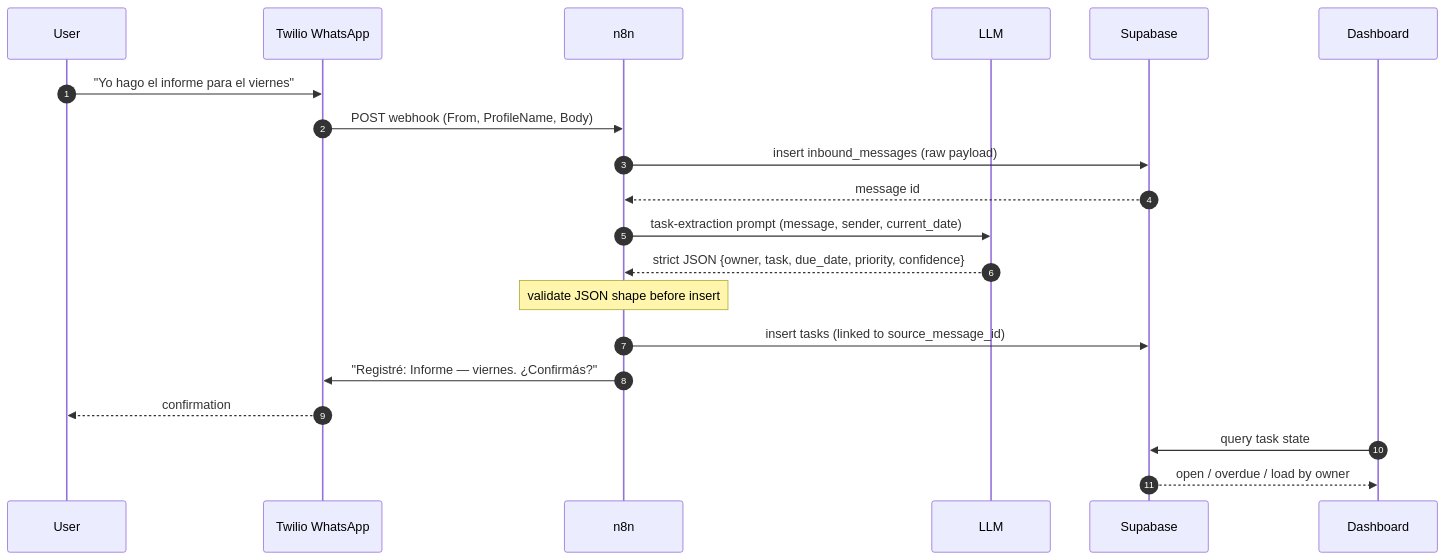
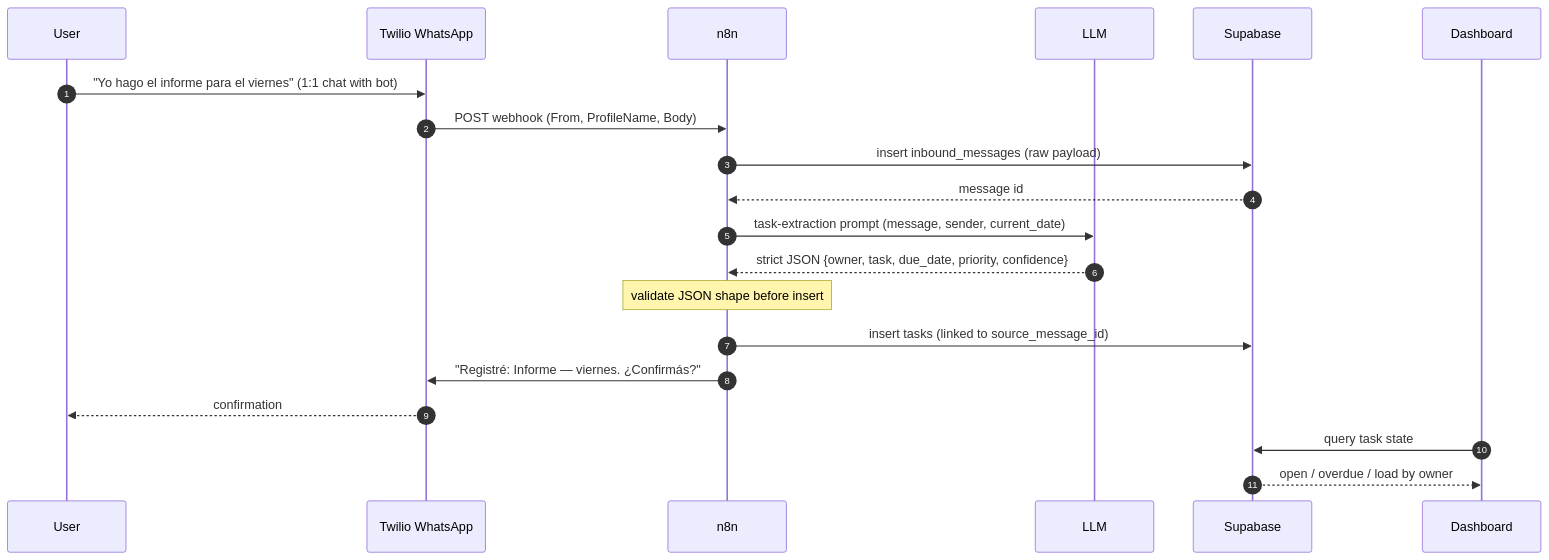
The second of 4 diagrams in docs/diagrams/flows.md (Santiagocetran/halketon-auto-mode-on), drawn with Mermaid before and after one commit. The commit also changed other lines of this file and 9 other files, not shown here.

First line of the commit message:
docs: update README and documentation for WhatsApp 1:1 channel and meeting transcripts

````diff
--- a/docs/diagrams/flows.md
+++ b/docs/diagrams/flows.md
@@ -33,23 +33,23 @@
 ```mermaid
 sequenceDiagram
   autonumber
   participant User
   participant WhatsApp as Twilio WhatsApp
   participant n8n
   participant LLM
   participant DB as Supabase
   participant Dashboard
 
-  User->>WhatsApp: "Yo hago el informe para el viernes"
+  User->>WhatsApp: "Yo hago el informe para el viernes" (1:1 chat with bot)
   WhatsApp->>n8n: POST webhook (From, ProfileName, Body)
   n8n->>DB: insert inbound_messages (raw payload)
   DB-->>n8n: message id
   n8n->>LLM: task-extraction prompt (message, sender, current_date)
   LLM-->>n8n: strict JSON {owner, task, due_date, priority, confidence}
   Note over n8n: validate JSON shape before insert
   n8n->>DB: insert tasks (linked to source_message_id)
   n8n->>WhatsApp: "Registré: Informe — viernes. ¿Confirmás?"
   WhatsApp-->>User: confirmation
   Dashboard->>DB: query task state
   DB-->>Dashboard: open / overdue / load by owner
 ```
````
